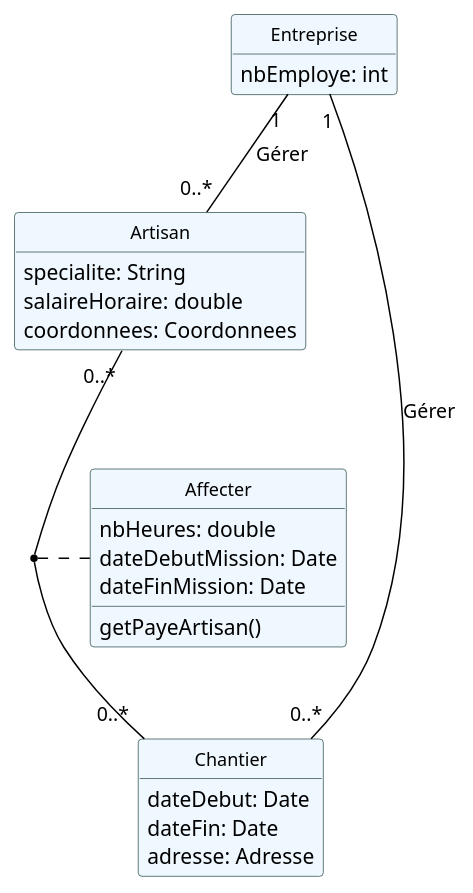
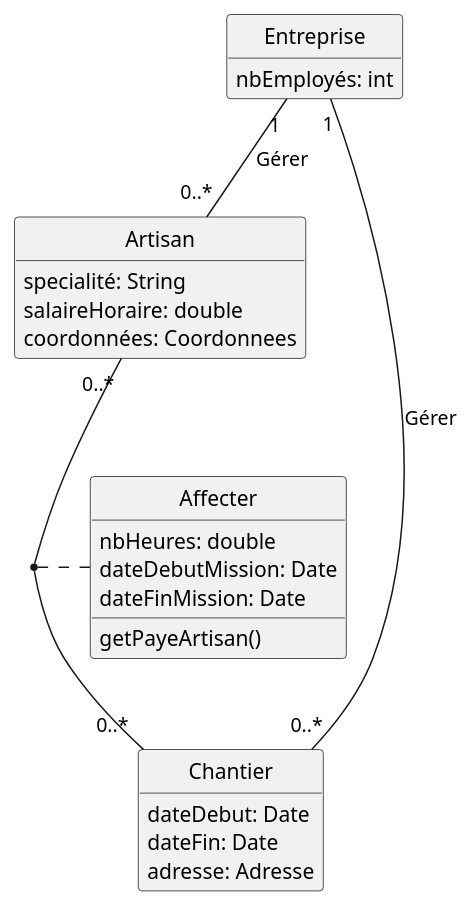
The diagram in dc.plantuml (IUT-Blagnac/r2-01-conception-td5-Falsimane), drawn with PlantUML before and after one commit.

```diff
--- a/dc.plantuml
+++ b/dc.plantuml
@@ -1,53 +1,42 @@
 @startuml dc
 
 hide circle
 hide empty members
 hide empty methods
-
-skinparam classAttributeIconSize 0
-skinparam roundcorner 5
-
-skinparam class {
-    BackgroundColor AliceBlue
-    BorderColor DarkSlateGray
-    ArrowColor Black
-    FontColor Black
-    FontSize 12
-    FontName Helvetica
-}
+    
 
 skinparam arrow {
     MessageAlign center
 }
 
 
 class Entreprise {
-    nbEmploye: int
+    nbEmployés: int
 }
 
 
 class Artisan {
-    specialite: String
+    specialité: String
     salaireHoraire: double
-    coordonnees: Coordonnees
+    coordonnées: Coordonnees
 }
 
 class Chantier {
     dateDebut: Date
     dateFin: Date
     adresse: Adresse
 }
 
 class Affecter {
     nbHeures: double
     dateDebutMission: Date
     dateFinMission: Date
     getPayeArtisan()
 }
 
 Entreprise "1" -- "0..*" Artisan : Gérer
 Entreprise "1" -- "0..*" Chantier : Gérer
 Artisan "0..*" -- "0..*" Chantier
 (Artisan, Chantier) .. Affecter
 
 @enduml
```
